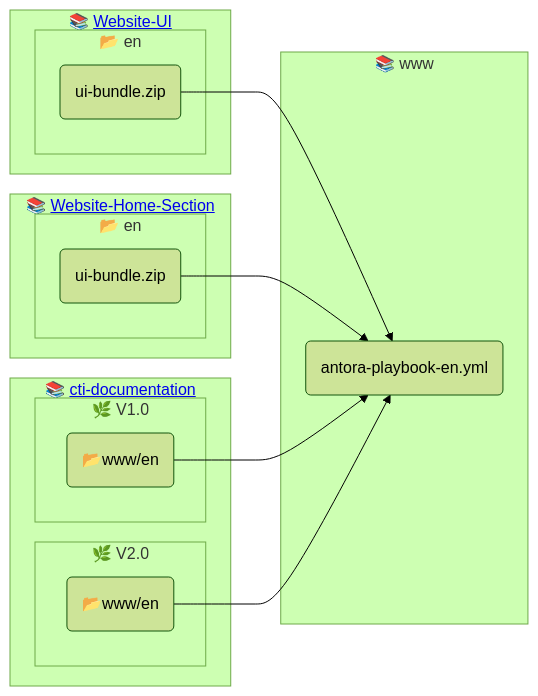
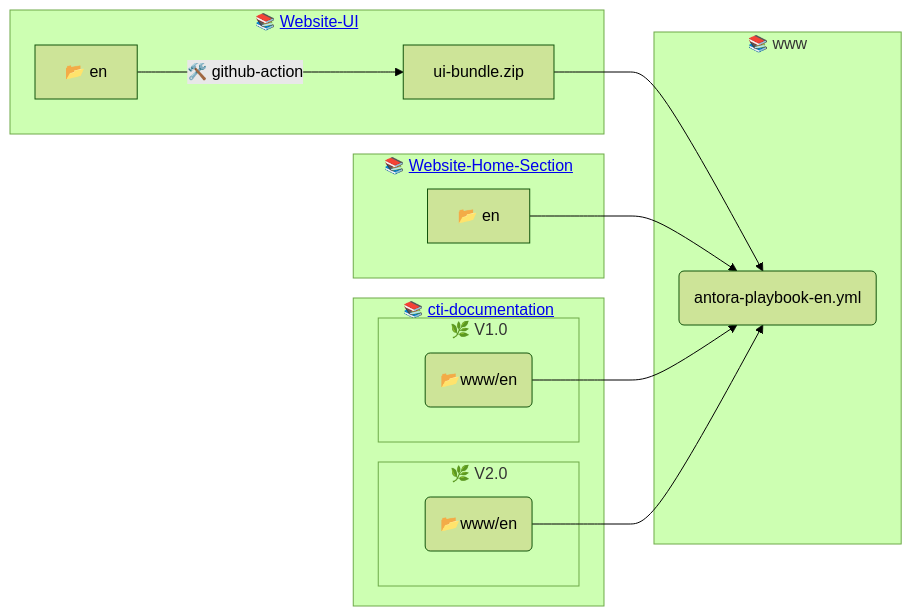
Before and after one commit to j-medland/www: the diagram in README.md, drawn with Mermaid (forest theme). The commit also changed other lines of this file, not shown here.

Commit message:
added build info

````diff
--- a/README.md
+++ b/README.md
@@ -10,24 +10,21 @@
 ```mermaid
 flowchart LR
     subgraph www["📚 www"]
         en-antora-playbook(antora-playbook-en.yml)
     end
     subgraph website-ui["📚 <a href='https://github.com/LabVIEWCommunityTraining/website-ui'>Website-UI</a>"]
-        subgraph en-ui["📂 en"]
-            en-ui-bundle(ui-bundle.zip)-->en-antora-playbook
-        end
+        en-ui["📂 en"]--->|🛠️ github-action|en-ui-bundle
+        en-ui-bundle[ui-bundle.zip]-->en-antora-playbook
     end
     subgraph website-home["📚 <a href='https://github.com/LabVIEWCommunityTraining/website-home-section'>Website-Home-Section</a>"]
-        subgraph en-hs["📂 en"]
-            en-hs-content(ui-bundle.zip)-->en-antora-playbook
-        end
+        en-hs["📂 en"]-->en-antora-playbook
         end
     subgraph cti-docs["📚 <a href='https://github.com/LabVIEWCommunityTraining/cti-documentation'>cti-documentation</a>"]
         subgraph v1["🌿 V1.0"]
             en-conv1(📂www/en)-->en-antora-playbook
         end
         subgraph v2["🌿 V2.0"]
             en-conv2(📂www/en)-->en-antora-playbook
         end
     end
 ```
````
